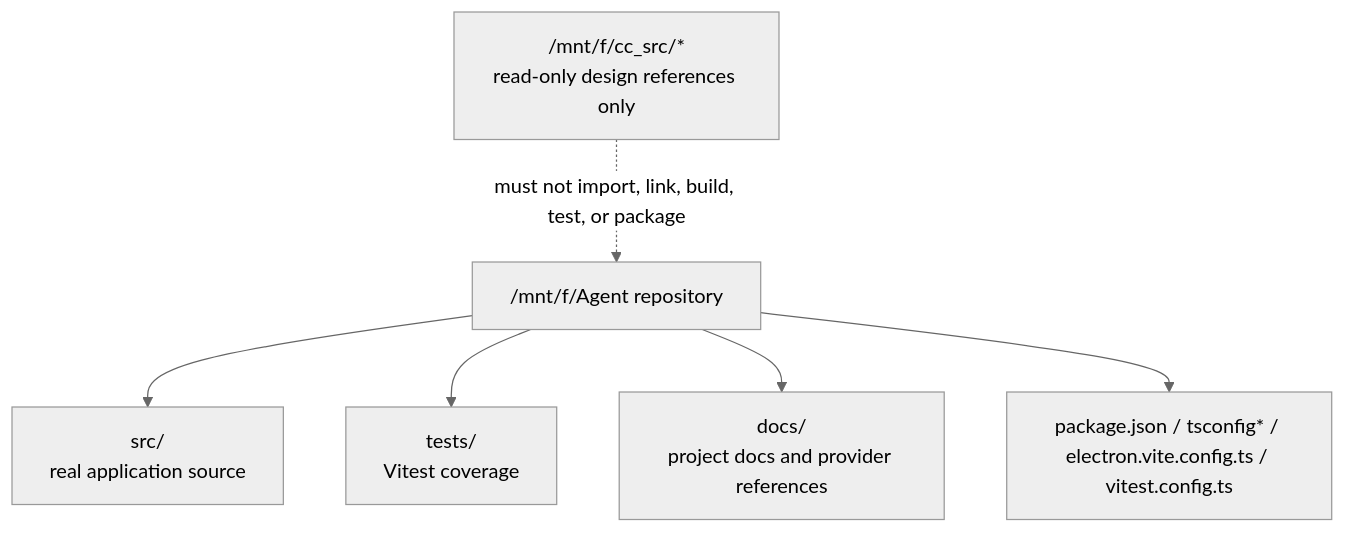
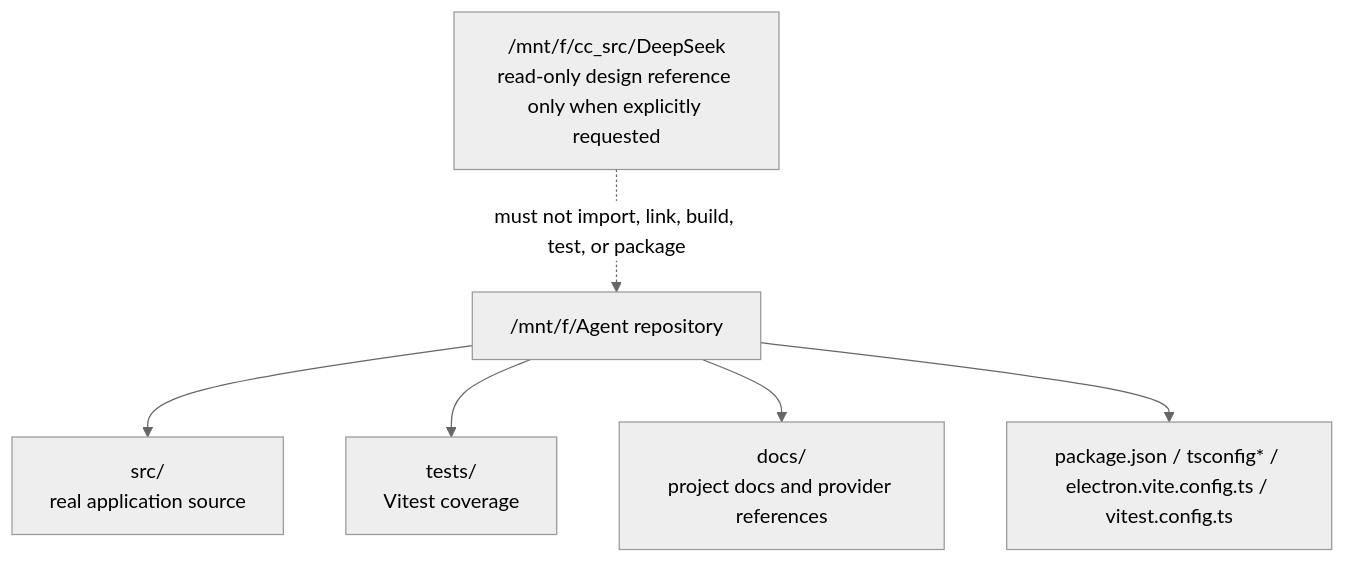
Before and after one commit to dp-sudo/agent-pyramid-desktop: the first of 3 diagrams in docs/project-map.md, drawn with Mermaid (neutral theme). The commit also changed other lines of this file and 7 other files, not shown here.

First line of the commit message:
docs: sync project-map, architecture, runtime-flow, ipc-contracts, data-model, agent-development, and AGENTS.md with refactor

````diff
--- a/docs/project-map.md
+++ b/docs/project-map.md
@@ -40,15 +40,15 @@
 ```mermaid
 flowchart TB
   Repo["/mnt/f/Agent repository"]
   Src["src/\nreal application source"]
   Tests["tests/\nVitest coverage"]
   Docs["docs/\nproject docs and provider references"]
   Config["package.json / tsconfig* / electron.vite.config.ts / vitest.config.ts"]
-  External["/mnt/f/cc_src/*\nread-only design references only"]
+  External["/mnt/f/cc_src/DeepSeek\nread-only design reference only when explicitly requested"]
 
   Repo --> Src
   Repo --> Tests
   Repo --> Docs
   Repo --> Config
   External -. "must not import, link, build, test, or package" .-> Repo
 ```
````
